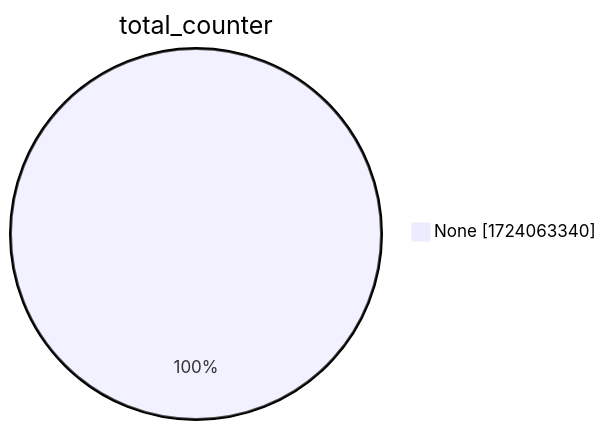
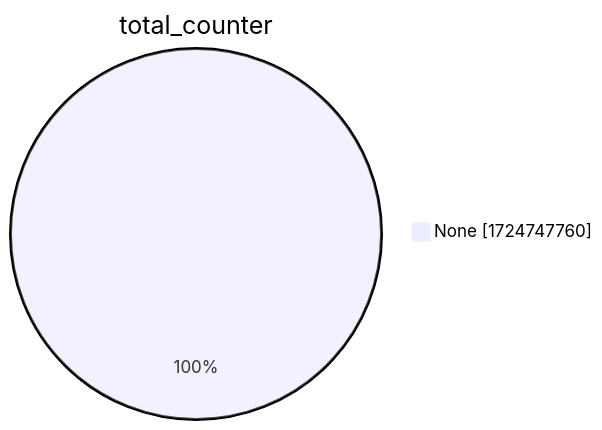
One commit to christiankrug/ctmonitor_visualization changed the second of 15 diagrams in xenon2022/README.md. Above: the diagram before and after it, drawn with Mermaid. The commit also changed other lines of this file, not shown here.

````diff
--- a/xenon2022/README.md
+++ b/xenon2022/README.md
@@ -9,5 +9,5 @@
 ```mermaid
 pie showData
 title total_counter
-"None" :1724063340
+"None" :1724747760
 ```
````
